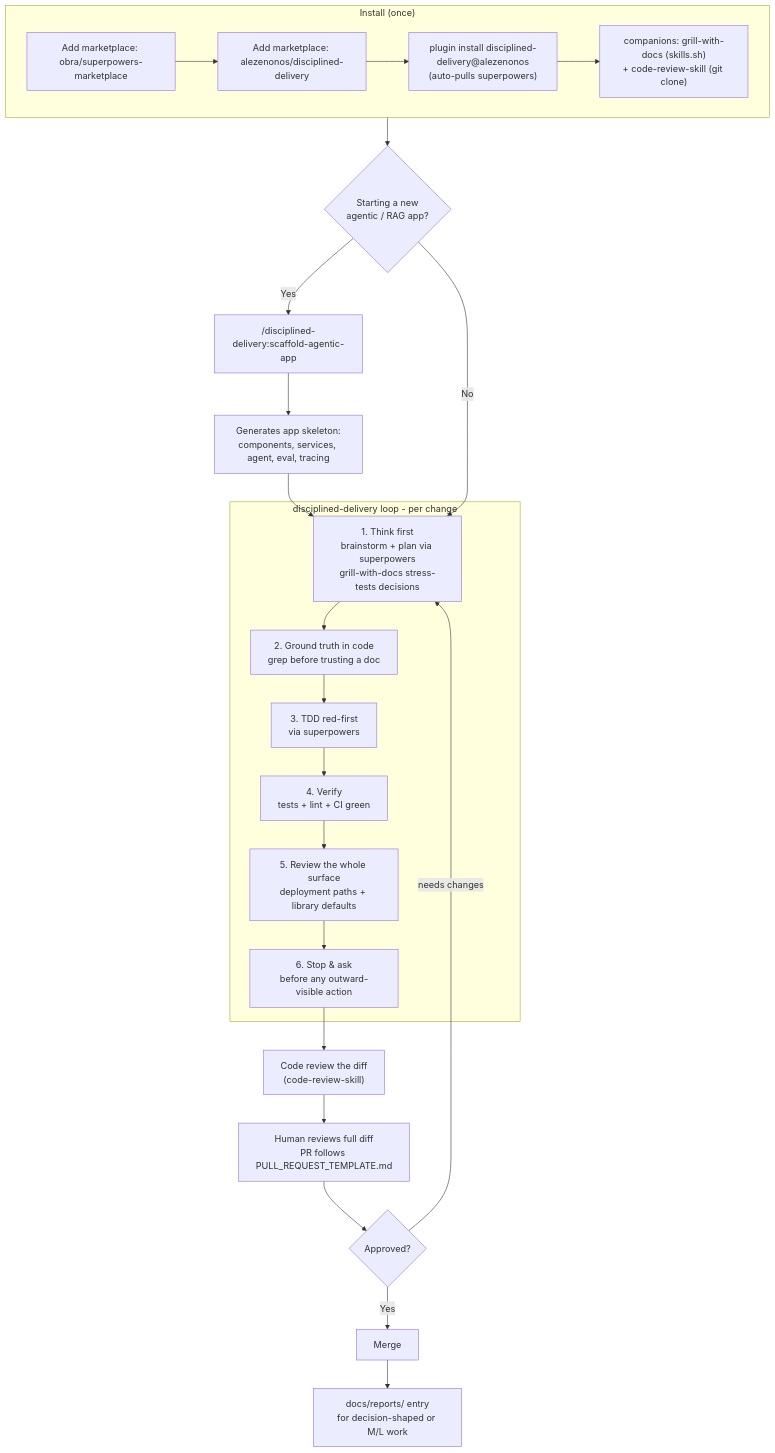
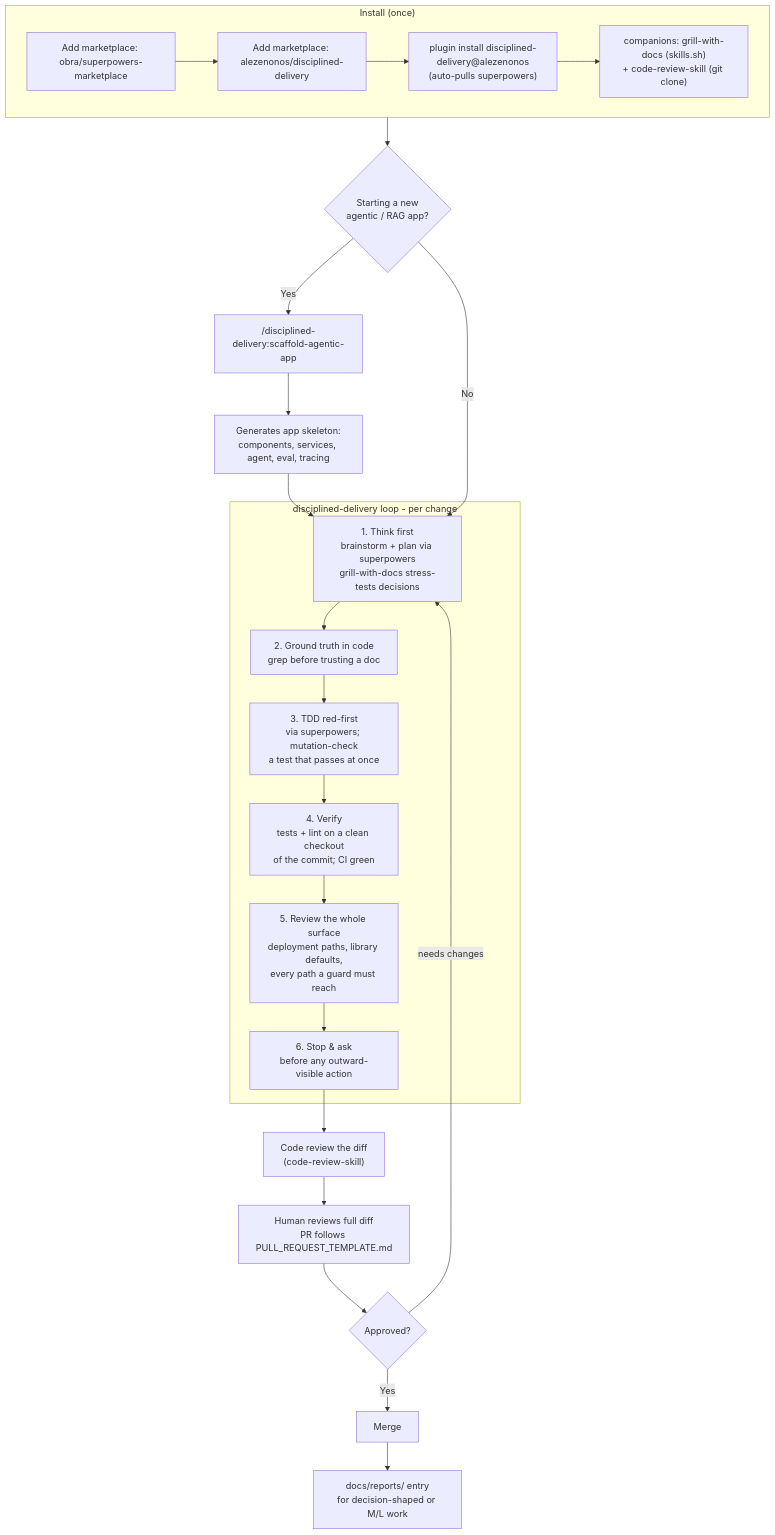
Before and after one commit to alezenonos/disciplined-delivery: the diagram in README.md, drawn with Mermaid. The commit also changed other lines of this file and 20 other files, not shown here.

````diff
--- a/README.md
+++ b/README.md
@@ -19,29 +22,29 @@
 ```mermaid
 flowchart TD
     subgraph install["Install (once)"]
       A1["Add marketplace: obra/superpowers-marketplace"] --> A2["Add marketplace: alezenonos/disciplined-delivery"]
       A2 --> A3["plugin install disciplined-delivery@alezenonos<br/>(auto-pulls superpowers)"]
       A3 --> A4["companions: grill-with-docs (skills.sh)<br/>+ code-review-skill (git clone)"]
     end
 
     install --> B{"Starting a new<br/>agentic / RAG app?"}
     B -- Yes --> C["/disciplined-delivery:scaffold-agentic-app"]
     C --> C1["Generates app skeleton:<br/>components, services, agent, eval, tracing"]
     C1 --> D
     B -- No --> D
 
     subgraph loop["disciplined-delivery loop - per change"]
       D["1. Think first<br/>brainstorm + plan via superpowers<br/>grill-with-docs stress-tests decisions"] --> D2["2. Ground truth in code<br/>grep before trusting a doc"]
-      D2 --> E["3. TDD red-first<br/>via superpowers"]
-      E --> F["4. Verify<br/>tests + lint + CI green"]
-      F --> F2["5. Review the whole surface<br/>deployment paths + library defaults"]
+      D2 --> E["3. TDD red-first<br/>via superpowers; mutation-check<br/>a test that passes at once"]
+      E --> F["4. Verify<br/>tests + lint on a clean checkout<br/>of the commit; CI green"]
+      F --> F2["5. Review the whole surface<br/>deployment paths, library defaults,<br/>every path a guard must reach"]
       F2 --> G["6. Stop & ask<br/>before any outward-visible action"]
     end
 
     G --> R["Code review the diff<br/>(code-review-skill)"]
     R --> H["Human reviews full diff<br/>PR follows PULL_REQUEST_TEMPLATE.md"]
     H --> I{"Approved?"}
     I -- "needs changes" --> D
     I -- Yes --> J["Merge"]
     J --> K["docs/reports/ entry<br/>for decision-shaped or M/L work"]
 ```
````
